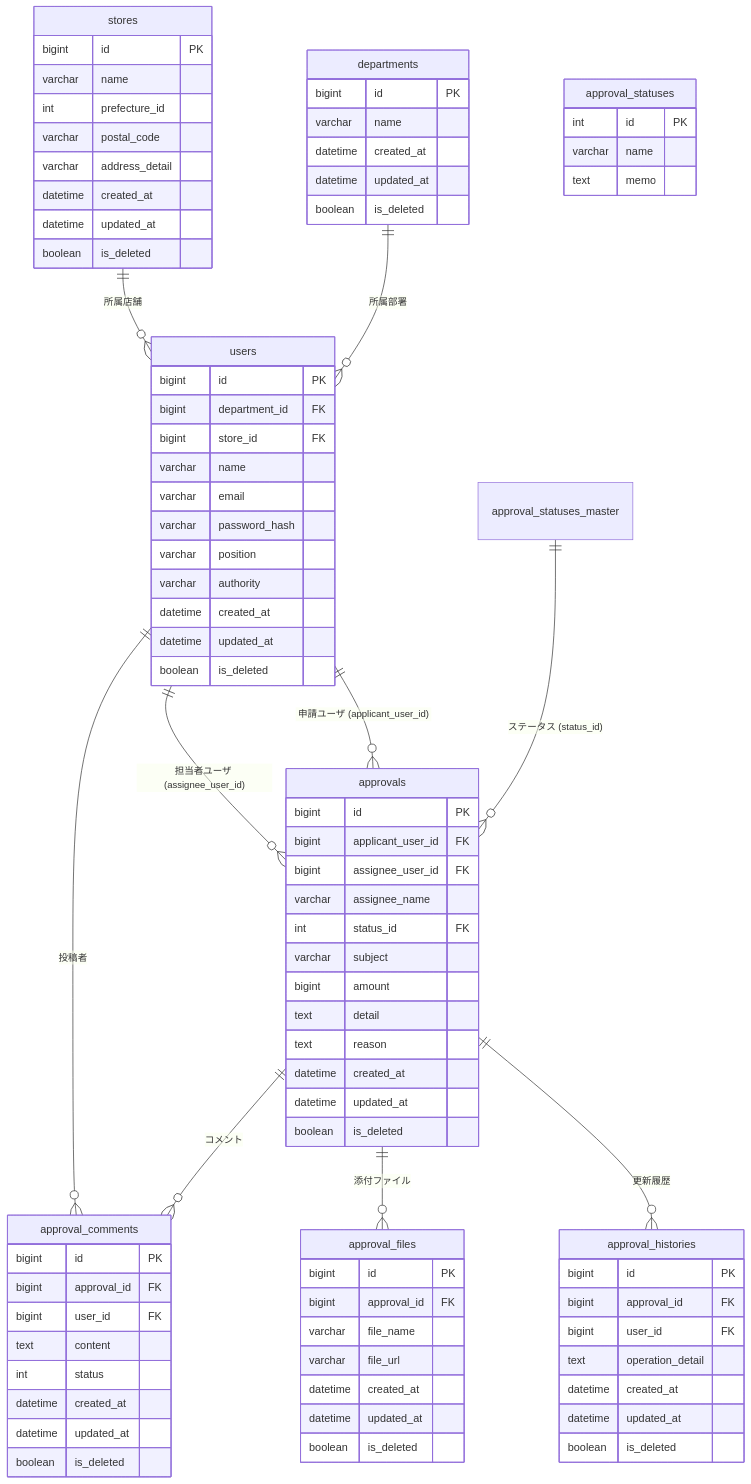
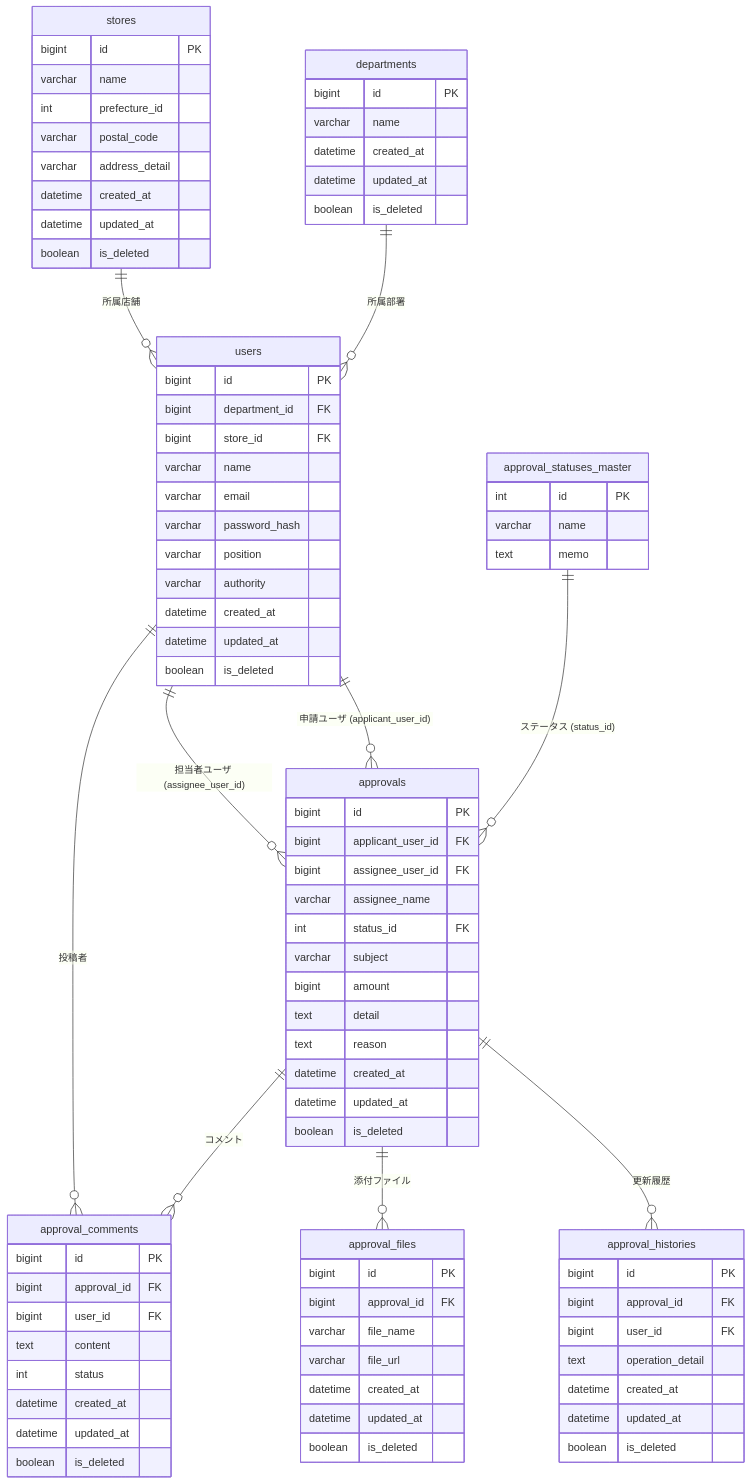
The diagram in docs/DB.md (FujiEve/PRJ_ApprovalSystem), drawn with Mermaid before and after one commit. The commit also changed other lines of this file and 3 other files, not shown here.

```diff
--- a/docs/DB.md
+++ b/docs/DB.md
@@ -246,7 +252,7 @@
         boolean is_deleted
     }
 
-    approval_statuses {
+    approval_statuses_master {
         int id PK
         varchar name
         text memo
```
